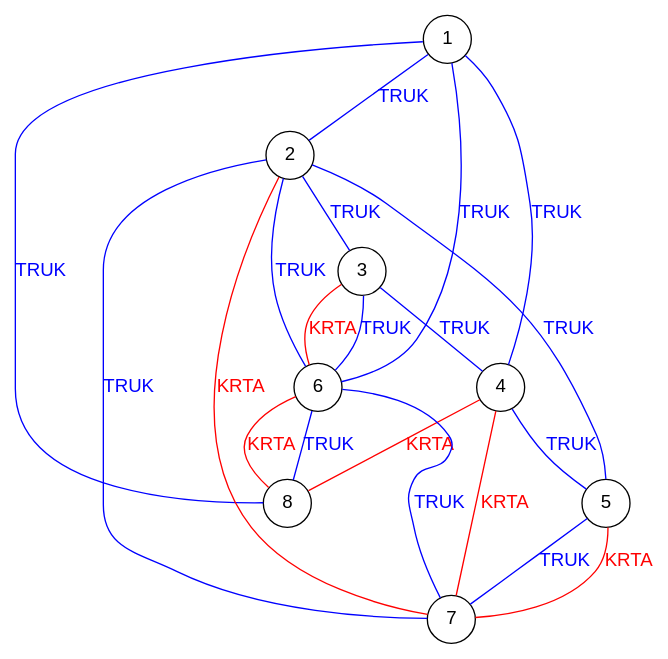
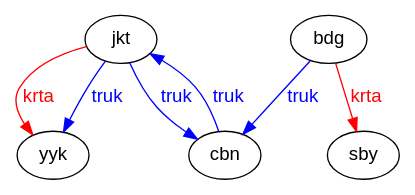
The diagram in demo/trayek.dot (kreikrei/tugas-akhir), drawn with Graphviz before and after one commit. The commit also changed 71 other files, not shown here.

```diff
--- a/demo/trayek.dot
+++ b/demo/trayek.dot
@@ -1,30 +1,13 @@
-graph trayek {
-    3 [shape=circle] [fontname="Helvetica"] [pos="3.05288989573668,-1.542514049151894!"];
-    4 [shape=circle] [fontname="Helvetica"] [pos="-1.13802281633946,-0.1632407774761082!"];
-    1 [shape=circle] [fontname="Helvetica"] [pos="-2.47870474767556,-2.01043047068206!"];
-    5 [shape=circle] [fontname="Helvetica"] [pos="-0.934044261461934,3.53234334550758!"];
-    2 [shape=circle] [fontname="Helvetica"] [pos="0.780845832108984,0.29906374896564!"];
-    6 [shape=circle] [fontname="Helvetica"] [pos="0.577434424038166,-2.3064507673801!"];
-    7 [shape=circle] [fontname="Helvetica"] [pos="-2.0768047070857,-4.2623468541036!"];
-    8 [shape=circle] [fontname="Helvetica"] [pos="1.333920401597782,2.16152418298814!"];
-    3 -- 4 [label=TRUK] [color=blue] [fontcolor=blue] [fontname="Helvetica"];
-    3 -- 6 [label=KRTA] [color=red] [fontcolor=red] [fontname="Helvetica"];
-    3 -- 6 [label=TRUK] [color=blue] [fontcolor=blue] [fontname="Helvetica"];
-    4 -- 5 [label=TRUK] [color=blue] [fontcolor=blue] [fontname="Helvetica"];
-    4 -- 7 [label=KRTA] [color=red] [fontcolor=red] [fontname="Helvetica"];
-    4 -- 8 [label=KRTA] [color=red] [fontcolor=red] [fontname="Helvetica"];
-    1 -- 4 [label=TRUK] [color=blue] [fontcolor=blue] [fontname="Helvetica"];
-    1 -- 2 [label=TRUK] [color=blue] [fontcolor=blue] [fontname="Helvetica"];
-    1 -- 6 [label=TRUK] [color=blue] [fontcolor=blue] [fontname="Helvetica"];
-    1 -- 8 [label=TRUK] [color=blue] [fontcolor=blue] [fontname="Helvetica"];
-    5 -- 7 [label=TRUK] [color=blue] [fontcolor=blue] [fontname="Helvetica"];
-    5 -- 7 [label=KRTA] [color=red] [fontcolor=red] [fontname="Helvetica"];
-    2 -- 5 [label=TRUK] [color=blue] [fontcolor=blue] [fontname="Helvetica"];
-    2 -- 6 [label=TRUK] [color=blue] [fontcolor=blue] [fontname="Helvetica"];
-    2 -- 7 [label=TRUK] [color=blue] [fontcolor=blue] [fontname="Helvetica"];
-    2 -- 7 [label=KRTA] [color=red] [fontcolor=red] [fontname="Helvetica"];
-    2 -- 3 [label=TRUK] [color=blue] [fontcolor=blue] [fontname="Helvetica"];
-    6 -- 7 [label=TRUK] [color=blue] [fontcolor=blue] [fontname="Helvetica"];
-    6 -- 8 [label=TRUK] [color=blue] [fontcolor=blue] [fontname="Helvetica"];
-    6 -- 8 [label=KRTA] [color=red] [fontcolor=red] [fontname="Helvetica"];
+digraph trayek {
+    jkt [fontname="Helvetica"] [pos="1.0668,6.414!"];
+    yyk [fontname="Helvetica"] [pos="-2.246,6.696!"];
+    bdg [fontname="Helvetica"] [pos="-1.384,-2.746!"];
+    sby [fontname="Helvetica"] [pos="-1.77,-7.27!"];
+    cbn [fontname="Helvetica"] [pos="-0.928,2.592!"];
+    jkt -> yyk [label=krta] [color=red] [fontcolor=red] [fontname="Helvetica"];
+    jkt -> yyk [label=truk] [color=blue] [fontcolor=blue] [fontname="Helvetica"];
+    jkt -> cbn [label=truk] [color=blue] [fontcolor=blue] [fontname="Helvetica"];
+    bdg -> sby [label=krta] [color=red] [fontcolor=red] [fontname="Helvetica"];
+    bdg -> cbn [label=truk] [color=blue] [fontcolor=blue] [fontname="Helvetica"];
+    cbn -> jkt [label=truk] [color=blue] [fontcolor=blue] [fontname="Helvetica"];
 }
```
